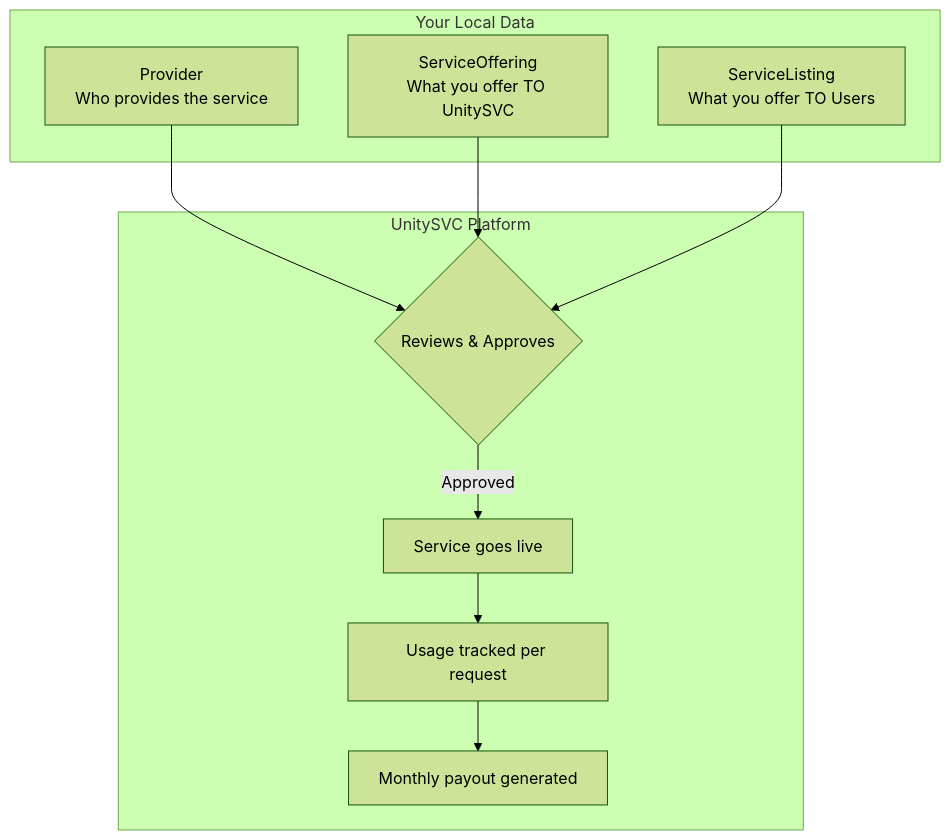
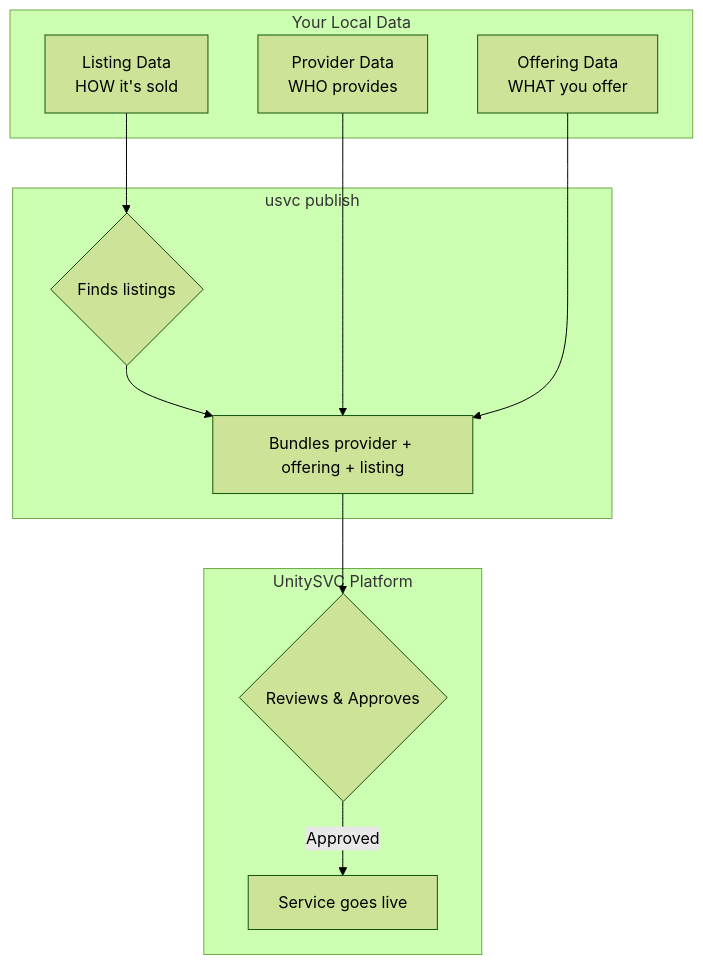
One commit to unitysvc/unitysvc-services changed the diagram in docs/getting-started.md. Above: the diagram before and after it, drawn with Mermaid (forest theme). The commit also changed other lines of this file and 5 other files, not shown here.

````diff
--- a/docs/getting-started.md
+++ b/docs/getting-started.md
@@ -145,22 +171,25 @@
 ```mermaid
 flowchart TD
     subgraph Local["Your Local Data"]
-        A[Provider<br/>Who provides the service]
-        B[ServiceOffering<br/>What you offer TO UnitySVC]
-        C[ServiceListing<br/>What you offer TO Users]
+        A[Provider Data<br/>WHO provides]
+        B[Offering Data<br/>WHAT you offer]
+        C[Listing Data<br/>HOW it's sold]
+    end
+
+    subgraph Publish["usvc publish"]
+        D{Finds listings}
+        E[Bundles provider + offering + listing]
     end
 
     subgraph Platform["UnitySVC Platform"]
-        D{Reviews & Approves}
-        E[Service goes live]
-        F[Usage tracked per request]
-        G[Monthly payout generated]
+        F{Reviews & Approves}
+        G[Service goes live]
     end
 
-    A --> D
-    B --> D
     C --> D
-    D -->|Approved| E
+    D --> E
+    A --> E
+    B --> E
     E --> F
-    F --> G
+    F -->|Approved| G
 ```
````
